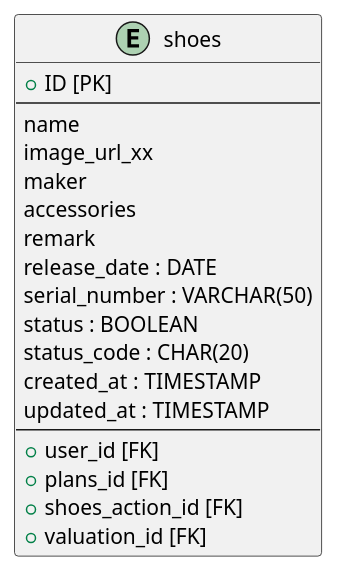
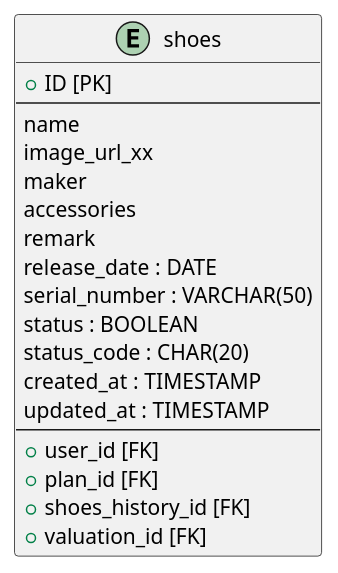
One commit to mybz-inc/sneaker changed the diagram in db/shoes.pu. Above: the diagram before and after it, drawn with PlantUML. The commit also changed 8 other files, not shown here.

```diff
--- a/db/shoes.pu
+++ b/db/shoes.pu
@@ -1,22 +1,22 @@
 @startuml shoes
 entity shoes {
   + ID [PK]
   --
   name
   image_url_xx
   maker
   accessories
   remark
   release_date : DATE
   serial_number : VARCHAR(50)
   status : BOOLEAN
   status_code : CHAR(20)
   created_at : TIMESTAMP
   updated_at : TIMESTAMP
   --
   + user_id [FK]
-  + plans_id [FK]
-  + shoes_action_id [FK]
+  + plan_id [FK]
+  + shoes_history_id [FK]
   + valuation_id [FK]
 }
 @enduml
```
